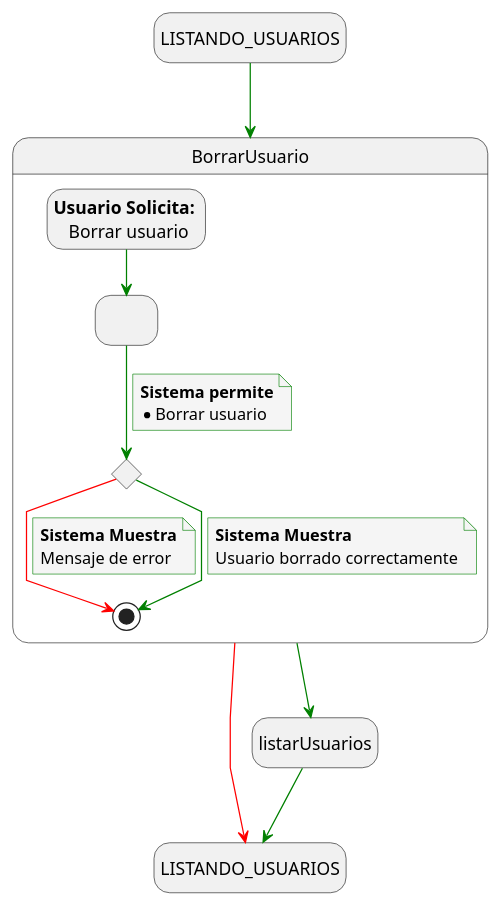
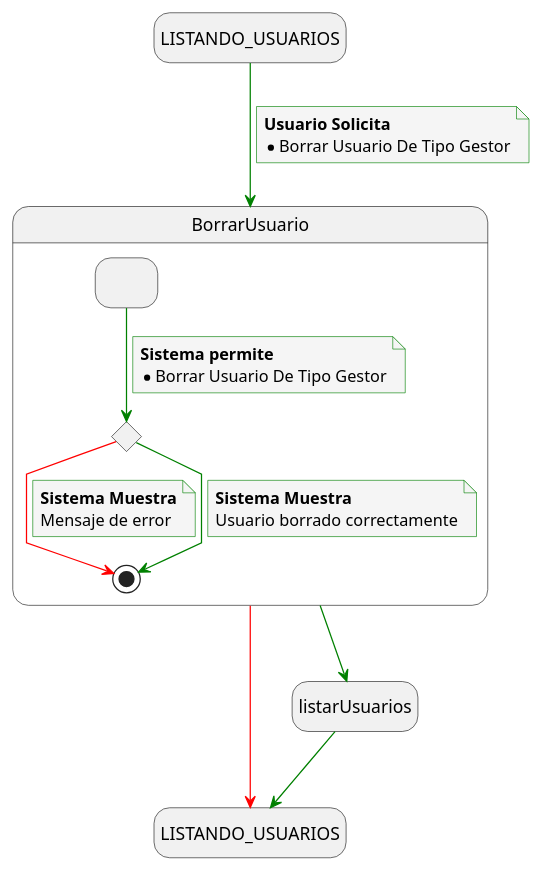
The diagram in docs/casosDeUso/detalladoCasosDeUso/detalladoUsuarios/detalladoBorrarUsuarioGestor.puml (mmasias/24-25-IdSw1-SDR), drawn with PlantUML before and after one commit. The commit also changed 7 other files, not shown here.

Commit message:
Ajuste detalle de CRUD usuarios tipo gestor

```diff
--- a/docs/casosDeUso/detalladoCasosDeUso/detalladoUsuarios/detalladoBorrarUsuarioGestor.puml
+++ b/docs/casosDeUso/detalladoCasosDeUso/detalladoUsuarios/detalladoBorrarUsuarioGestor.puml
@@ -1,45 +1,48 @@
 @startuml borrar_usuario
 
 skinparam {
   NoteBackgroundColor #whiteSmoke
   ArrowColor #green
   NoteBorderColor #green
   linetype polyline
 }
 
 hide empty description
 
 state startState as "LISTANDO_USUARIOS"
 state endState as "LISTANDO_USUARIOS"
 
 startState --> BorrarUsuario
+note on link
+    <b>Usuario Solicita</b>
+    * Borrar Usuario De Tipo Gestor
+end note
+
 BorrarUsuario --> listarUsuarios
 BorrarUsuario -[#red]-> endState
 listarUsuarios --> endState
 
 state BorrarUsuario {
     state solicitudBorrarUsuario as " "
     state revisionBorrarUsuario <<choice>>
-    state usuarioSolicita as "<b>Usuario Solicita:</b> \n Borrar usuario"
-
-    usuarioSolicita --> solicitudBorrarUsuario
+    
     solicitudBorrarUsuario --> revisionBorrarUsuario
     note on link
         <b>Sistema permite</b>
-        * Borrar usuario
+        * Borrar Usuario De Tipo Gestor
     end note
 
     revisionBorrarUsuario -[#red]-> [*]
     note on link
         <b>Sistema Muestra</b>
         Mensaje de error
     end note
 
    revisionBorrarUsuario --> [*]
     note on link
         <b>Sistema Muestra</b>
         Usuario borrado correctamente
     end note
 }
 
 @enduml
```
